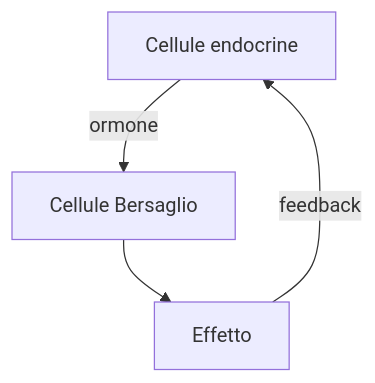
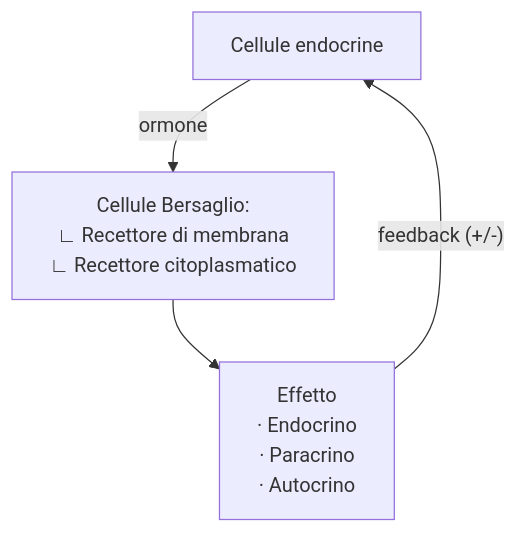
Before and after one commit to evicinelli/Med-Notes: the first of 2 diagrams in Med4/gemm/endocrino.md, drawn with Mermaid. The commit also changed other lines of this file and 23 other files, not shown here.

````diff
--- a/Med4/gemm/endocrino.md
+++ b/Med4/gemm/endocrino.md
@@ -7,4 +7,6 @@
 ```{mermaid}
 flowchart TD
-	A[Cellule endocrine] -- ormone --> B[Cellule Bersaglio] --> Effetto -- feedback -->A
+	A[Cellule endocrine] -- ormone -->
+	B["Cellule Bersaglio:\n ∟ Recettore di membrana\n ∟ Recettore citoplasmatico"] -->
+	C["Effetto \n · Endocrino\n · Paracrino\n · Autocrino"] -- "feedback (+/-)" -->A
 ```
````
